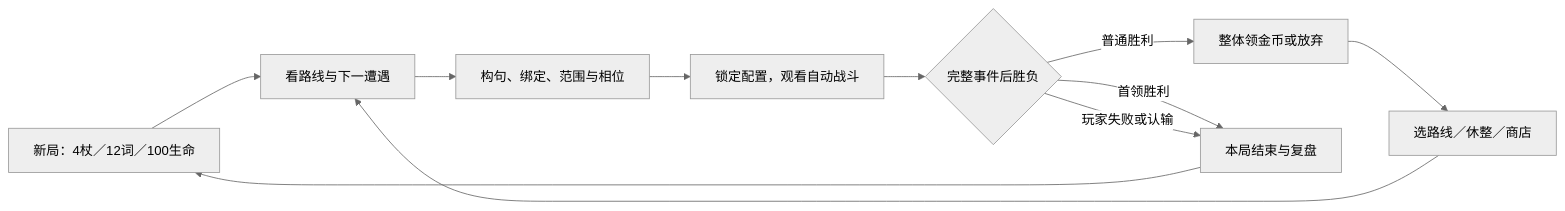
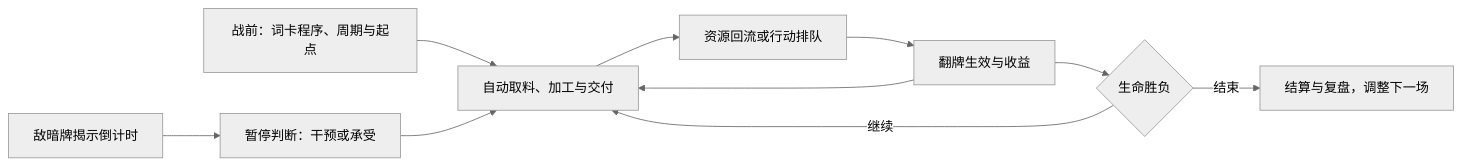
One commit to dsaj4/game_design changed the diagram in yanzhou/design/GDD.md. Above: the diagram before and after it, drawn with Mermaid (neutral theme). The commit also changed other lines of this file and 61 other files, not shown here.

Commit message:
Adopt TL-1 timeline production core and redesign card proposal

````diff
--- a/yanzhou/design/GDD.md
+++ b/yanzhou/design/GDD.md
@@ -92,13 +49,12 @@
 ```mermaid
 flowchart LR
-    A["新局：4杖／12词／100生命"] --> B["看路线与下一遭遇"]
-    B --> C["构句、绑定、范围与相位"]
-    C --> D["锁定配置，观看自动战斗"]
-    D --> E{"完整事件后胜负"}
-    E -->|普通胜利| F["整体领金币或放弃"]
-    F --> G["选路线／休整／商店"]
-    G --> B
-    E -->|首领胜利| H["本局结束与复盘"]
-    E -->|玩家失败或认输| H
-    H --> A
+    A[战前：词卡程序、周期与起点] --> B[自动取料、加工与交付]
+    B --> C[资源回流或行动排队]
+    C --> D[翻牌生效与收益]
+    D --> B
+    E[敌暗牌揭示倒计时] --> F[暂停判断：干预或承受]
+    F --> B
+    D --> G{生命胜负}
+    G -->|继续| B
+    G -->|结束| H[结算与复盘，调整下一场]
 ```
````
